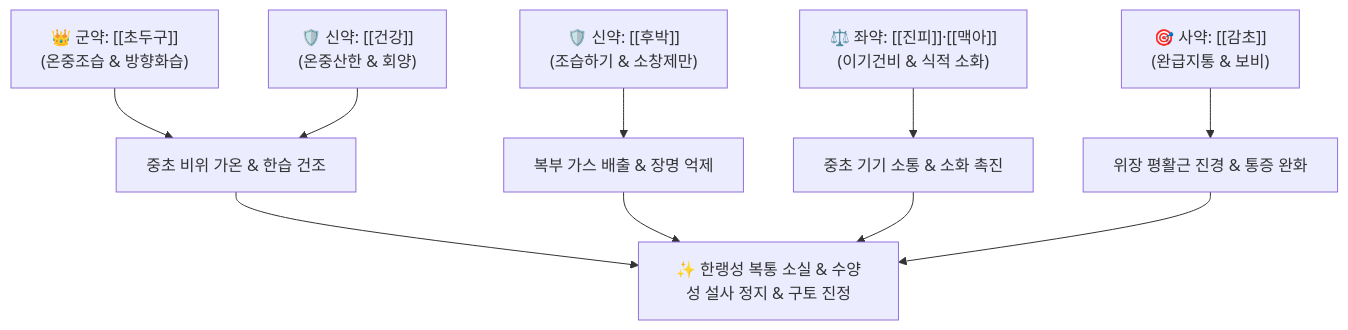
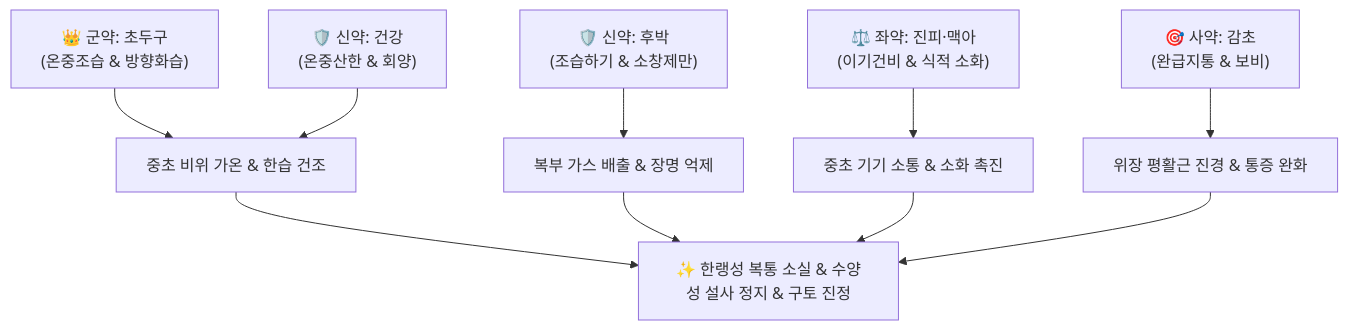
The diagram in content/2. 약리 공부/처방/03_화담·거습·이수제/초두구산.md (simbio11/simbio-digital-garden2), drawn with Mermaid before and after one commit. The commit also changed other lines of this file and 122 other files, not shown here.

````diff
--- a/content/2. 약리 공부/처방/03_화담·거습·이수제/초두구산.md
+++ b/content/2. 약리 공부/처방/03_화담·거습·이수제/초두구산.md
@@ -56,12 +56,12 @@
 ```mermaid
 graph TD
-    Gun["👑 군약: [[초두구]]<br>(온중조습 & 방향화습)"] --> Warm["중초 비위 가온 & 한습 건조"]
-    Sin1["🛡️ 신약: [[건강]]<br>(온중산한 & 회양)"] --> Warm
-    Sin2["🛡️ 신약: [[후박]]<br>(조습하기 & 소창제만)"] --> Gas["복부 가스 배출 & 장명 억제"]
-    Jwa1["⚖️ 좌약: [[진피]]·[[맥아]]<br>(이기건비 & 식적 소화)"] --> Flow["중초 기기 소통 & 소화 촉진"]
-    Sa["🎯 사약: [[감초]]<br>(완급지통 & 보비)"] --> Relax["위장 평활근 진경 & 통증 완화"]
+    Gun["👑 군약: 초두구<br>(온중조습 & 방향화습)"] --> Warm["중초 비위 가온 & 한습 건조"]
+    Sin1["🛡️ 신약: 건강<br>(온중산한 & 회양)"] --> Warm
+    Sin2["🛡️ 신약: 후박<br>(조습하기 & 소창제만)"] --> Gas["복부 가스 배출 & 장명 억제"]
+    Jwa1["⚖️ 좌약: 진피·맥아<br>(이기건비 & 식적 소화)"] --> Flow["중초 기기 소통 & 소화 촉진"]
+    Sa["🎯 사약: 감초<br>(완급지통 & 보비)"] --> Relax["위장 평활근 진경 & 통증 완화"]
     Warm --> Result["✨ 한랭성 복통 소실 & 수양성 설사 정지 & 구토 진정"]
     Gas --> Result
     Flow --> Result
     Relax --> Result
 ```
````
